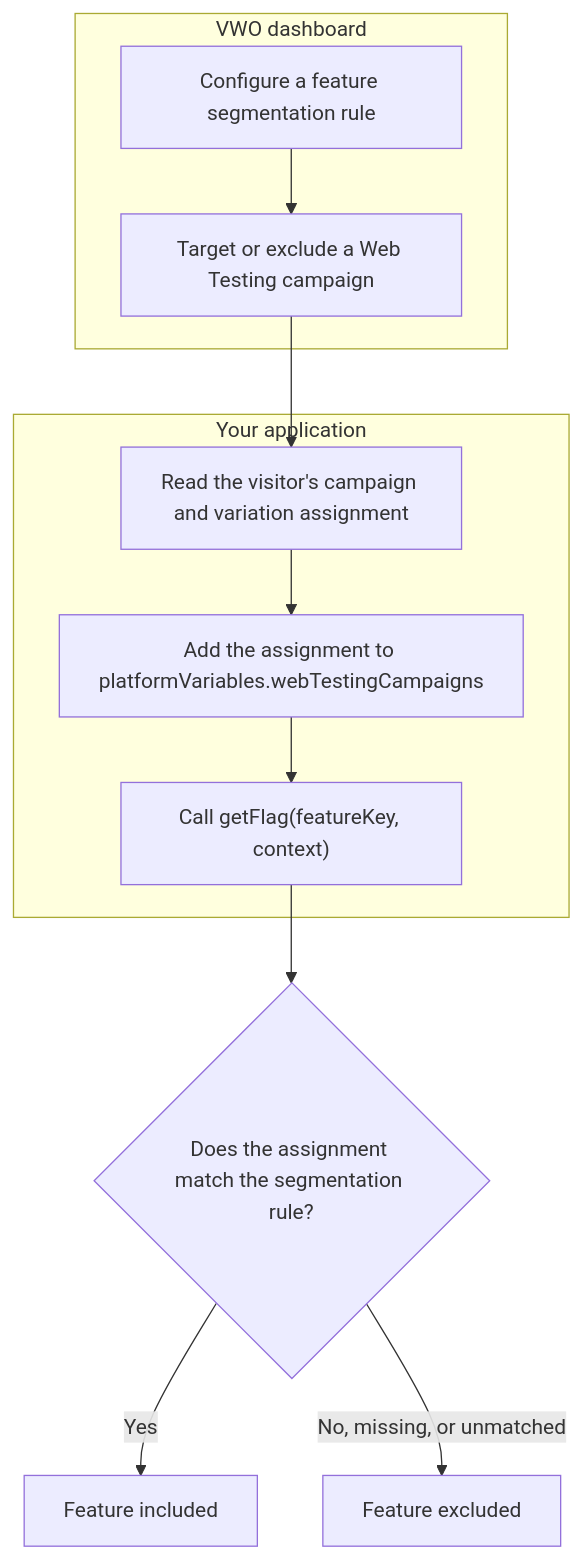
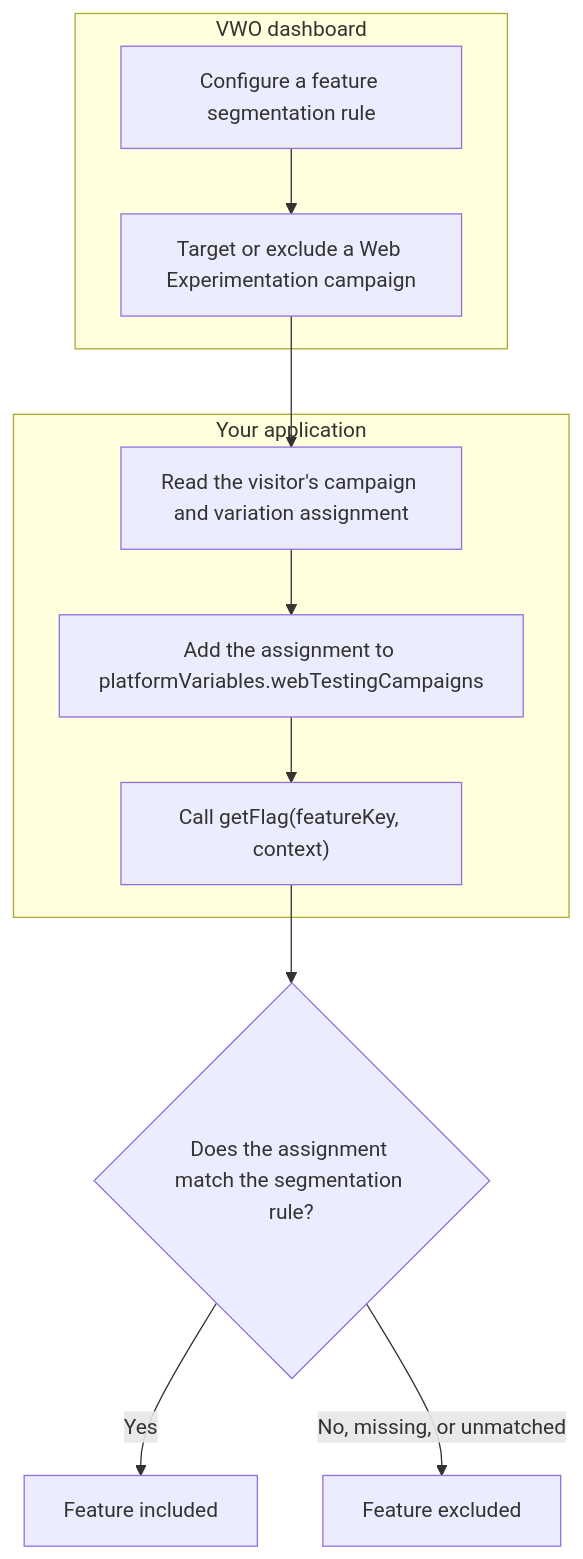
The first of 6 diagrams in docs/Mcp20server/delete-soon.md (wingify/readme-central), drawn with Mermaid before and after one commit. The commit also changed other lines of this file and 192 other files, not shown here.

Commit message:
Update FE to FM, Feature Experimentation to Feature Management, and Web Testing to Web Experimentation

````diff
--- a/docs/Mcp20server/delete-soon.md
+++ b/docs/Mcp20server/delete-soon.md
@@ -10,20 +10,20 @@
 ```mermaid
 flowchart TD
   subgraph Dashboard["VWO dashboard"]
     A["Configure a feature segmentation rule"]
-    B["Target or exclude a Web Testing campaign"]
+    B["Target or exclude a Web Experimentation campaign"]
     A --> B
   end
 
   subgraph Application["Your application"]
     C["Read the visitor's campaign and variation assignment"]
     D["Add the assignment to platformVariables.webTestingCampaigns"]
     E["Call getFlag(featureKey, context)"]
     C --> D --> E
   end
 
   B --> C
   E --> F{"Does the assignment match the segmentation rule?"}
   F -- "Yes" --> G["Feature included"]
   F -- "No, missing, or unmatched" --> H["Feature excluded"]
 ```
````
